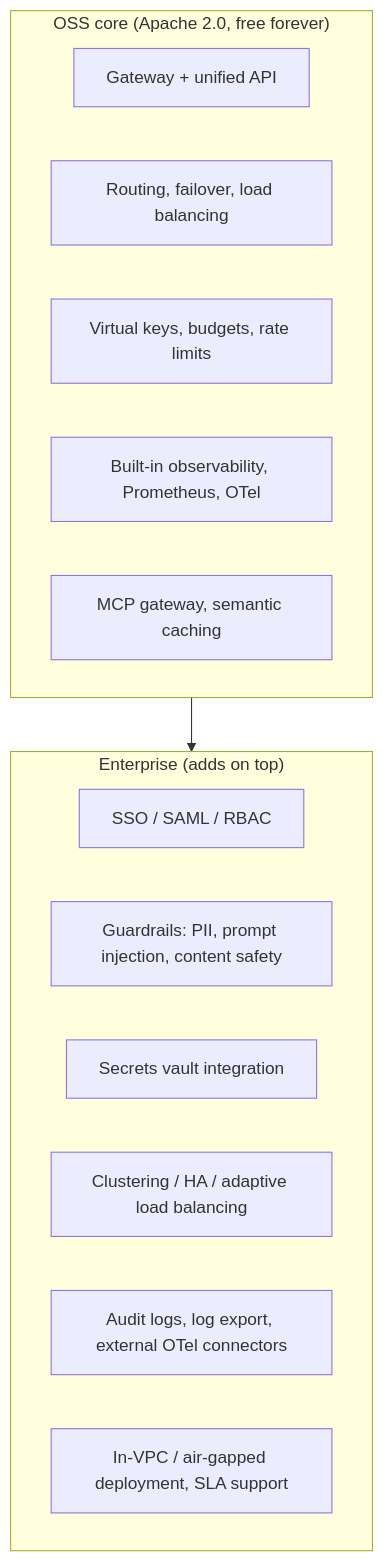
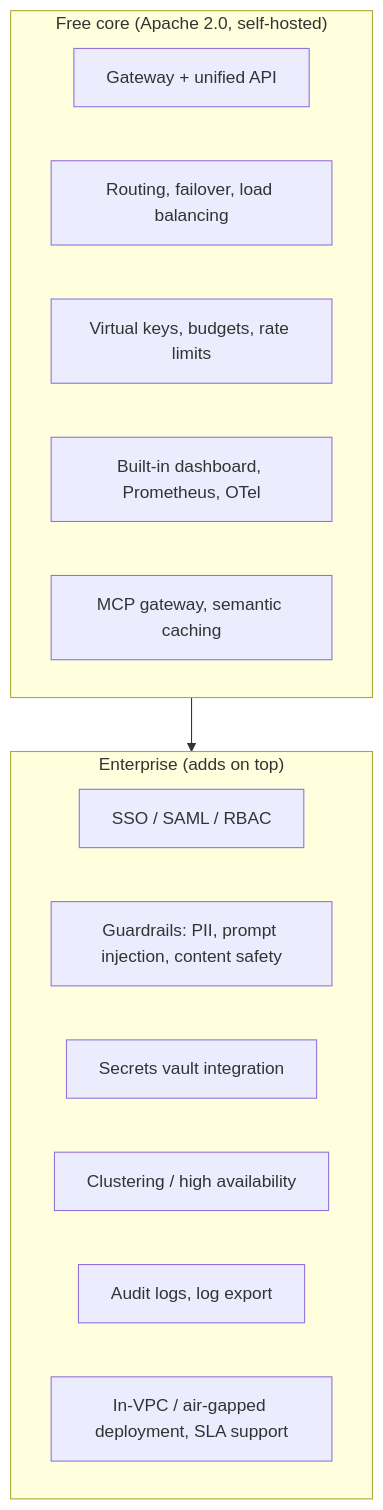
Before and after one commit to d-hackmt/bifrost: the diagram in docs/03-oss-vs-enterprise.md, drawn with Mermaid. The commit also changed other lines of this file and 6 other files, not shown here.

````diff
--- a/docs/03-oss-vs-enterprise.md
+++ b/docs/03-oss-vs-enterprise.md
@@ -9,19 +11,19 @@
 ```mermaid
 flowchart TD
-    subgraph OSS["OSS core (Apache 2.0, free forever)"]
+    subgraph OSS["Free core (Apache 2.0, self-hosted)"]
         A[Gateway + unified API]
         B[Routing, failover, load balancing]
         C[Virtual keys, budgets, rate limits]
-        D[Built-in observability, Prometheus, OTel]
+        D[Built-in dashboard, Prometheus, OTel]
         E[MCP gateway, semantic caching]
     end
     subgraph ENT["Enterprise (adds on top)"]
         F[SSO / SAML / RBAC]
         G[Guardrails: PII, prompt injection, content safety]
         H[Secrets vault integration]
-        I[Clustering / HA / adaptive load balancing]
-        J[Audit logs, log export, external OTel connectors]
+        I[Clustering / high availability]
+        J[Audit logs, log export]
         K[In-VPC / air-gapped deployment, SLA support]
     end
     OSS --> ENT
 ```
````
